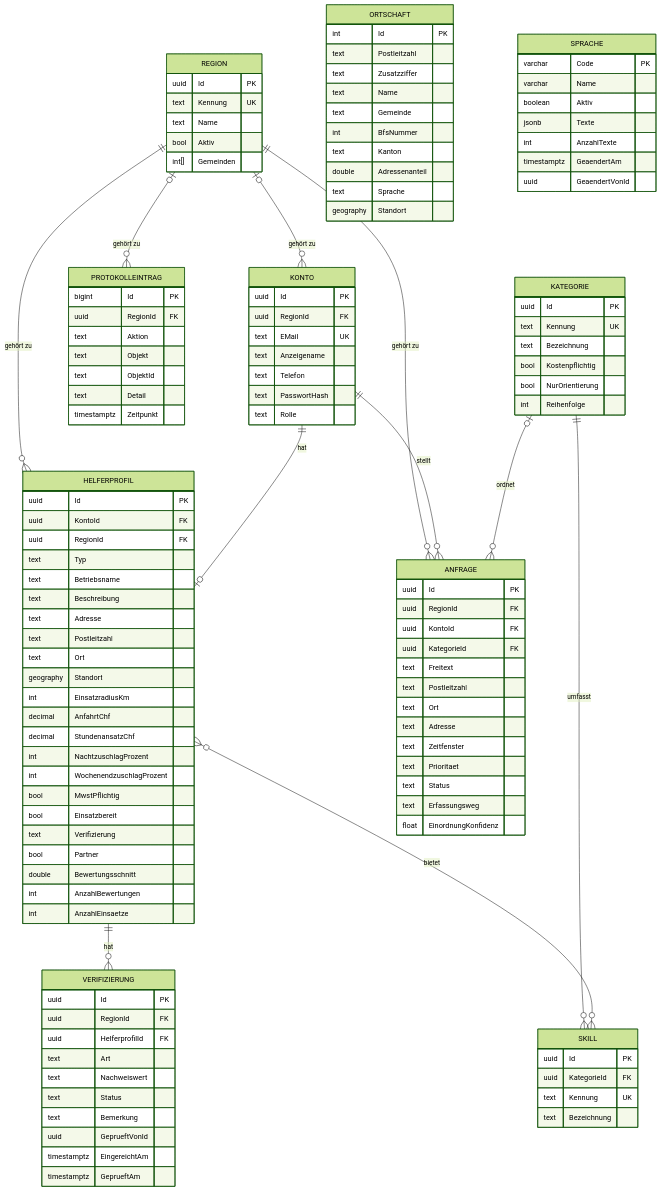
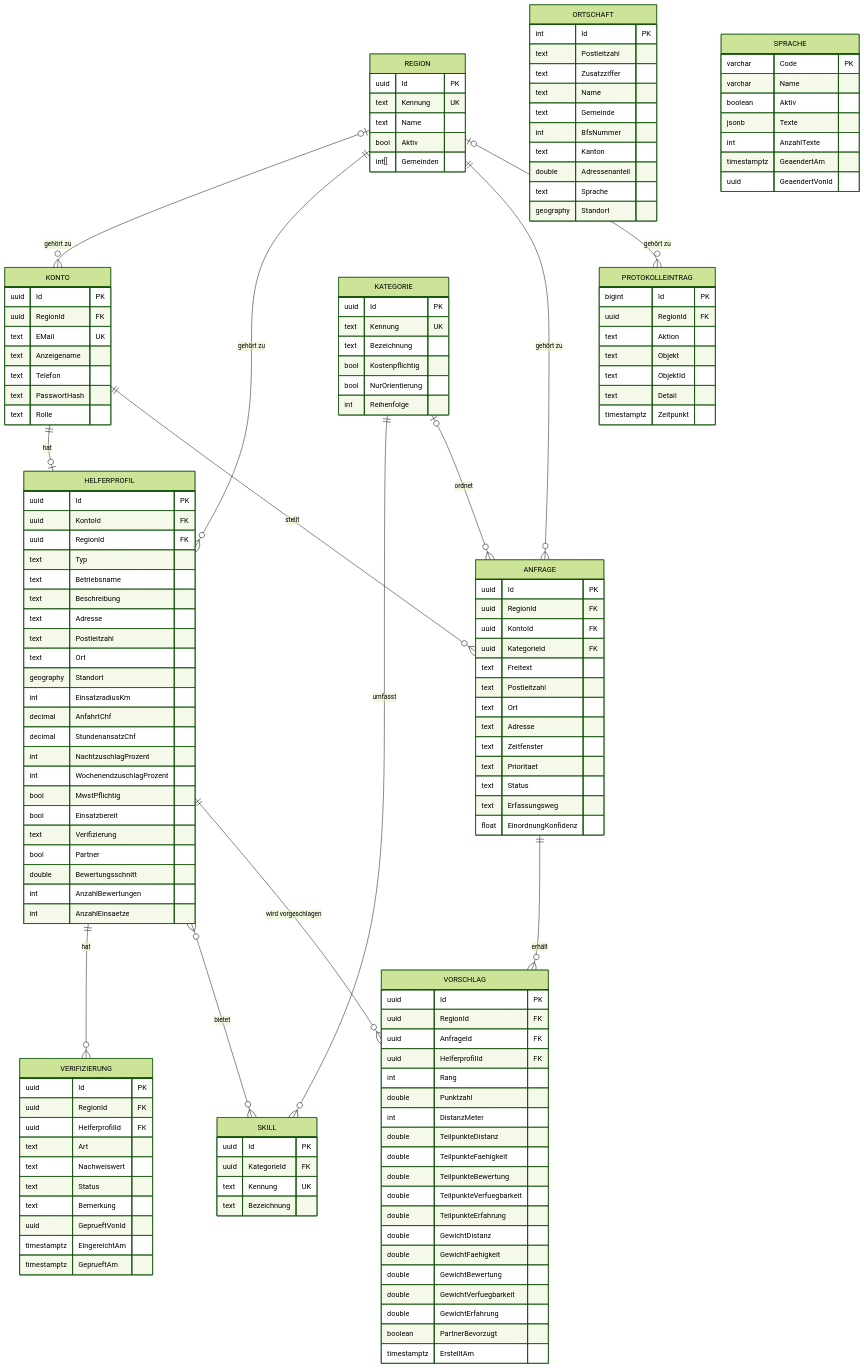
Before and after one commit to maliswiss/soforthilfe-bern-mittelland: the diagram in docs/datenmodell.md, drawn with Mermaid (forest theme). The commit also changed other lines of this file and 28 other files, not shown here.

```diff
--- a/docs/datenmodell.md
+++ b/docs/datenmodell.md
@@ -16,6 +16,8 @@
   KATEGORIE ||--o{ SKILL : umfasst
   KATEGORIE |o--o{ ANFRAGE : ordnet
   HELFERPROFIL }o--o{ SKILL : bietet
+  ANFRAGE ||--o{ VORSCHLAG : erhält
+  HELFERPROFIL ||--o{ VORSCHLAG : "wird vorgeschlagen"
 
   REGION {
     uuid Id PK
@@ -119,6 +121,27 @@
     text Detail
     timestamptz Zeitpunkt
   }
+  VORSCHLAG {
+    uuid Id PK
+    uuid RegionId FK
+    uuid AnfrageId FK
+    uuid HelferprofilId FK
+    int Rang
+    double Punktzahl
+    int DistanzMeter
+    double TeilpunkteDistanz
+    double TeilpunkteFaehigkeit
+    double TeilpunkteBewertung
+    double TeilpunkteVerfuegbarkeit
+    double TeilpunkteErfahrung
+    double GewichtDistanz
+    double GewichtFaehigkeit
+    double GewichtBewertung
+    double GewichtVerfuegbarkeit
+    double GewichtErfahrung
+    boolean PartnerBevorzugt
+    timestamptz ErstelltAm
+  }
   SPRACHE {
     varchar Code PK
     varchar Name
```
